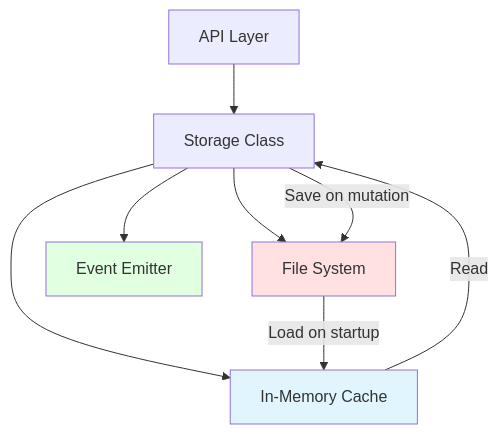
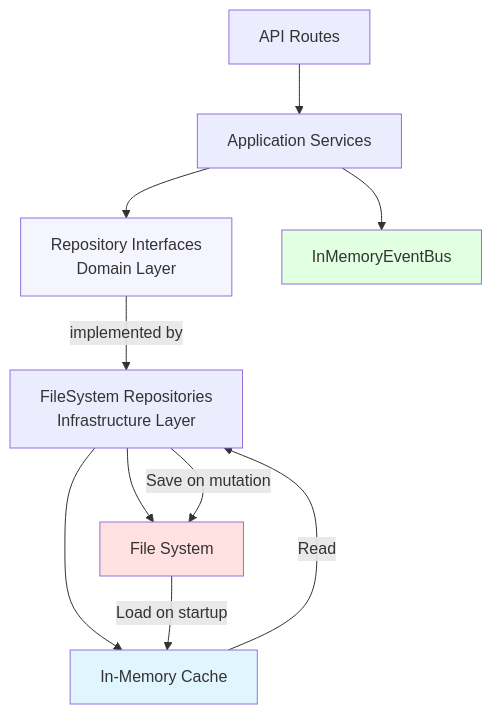
One commit to raghavared/agent-maestro changed the first of 2 diagrams in maestro-server/spec/05-STORAGE-SPECIFICATION.md. Above: the diagram before and after it, drawn with Mermaid. The commit also changed other lines of this file and 37 other files, not shown here.

````diff
--- a/maestro-server/spec/05-STORAGE-SPECIFICATION.md
+++ b/maestro-server/spec/05-STORAGE-SPECIFICATION.md
@@ -26,21 +28,26 @@
 ```mermaid
 graph TB
-    API[API Layer]
-    Storage[Storage Class]
+    API[API Routes]
+    Services[Application Services]
+    RepoInterfaces[Repository Interfaces<br/>Domain Layer]
+    FSRepos[FileSystem Repositories<br/>Infrastructure Layer]
     Memory[In-Memory Cache]
     Disk[File System]
-    Events[Event Emitter]
+    EventBus[InMemoryEventBus]
 
-    API --> Storage
-    Storage --> Memory
-    Storage --> Disk
-    Storage --> Events
+    API --> Services
+    Services --> RepoInterfaces
+    RepoInterfaces -->|implemented by| FSRepos
+    FSRepos --> Memory
+    FSRepos --> Disk
+    Services --> EventBus
 
-    Memory -->|Read| Storage
+    Memory -->|Read| FSRepos
     Disk -->|Load on startup| Memory
-    Storage -->|Save on mutation| Disk
+    FSRepos -->|Save on mutation| Disk
 
     style Memory fill:#e1f5ff
     style Disk fill:#ffe1e1
-    style Events fill:#e1ffe1
+    style EventBus fill:#e1ffe1
+    style RepoInterfaces fill:#f5f5ff
 ```
````
